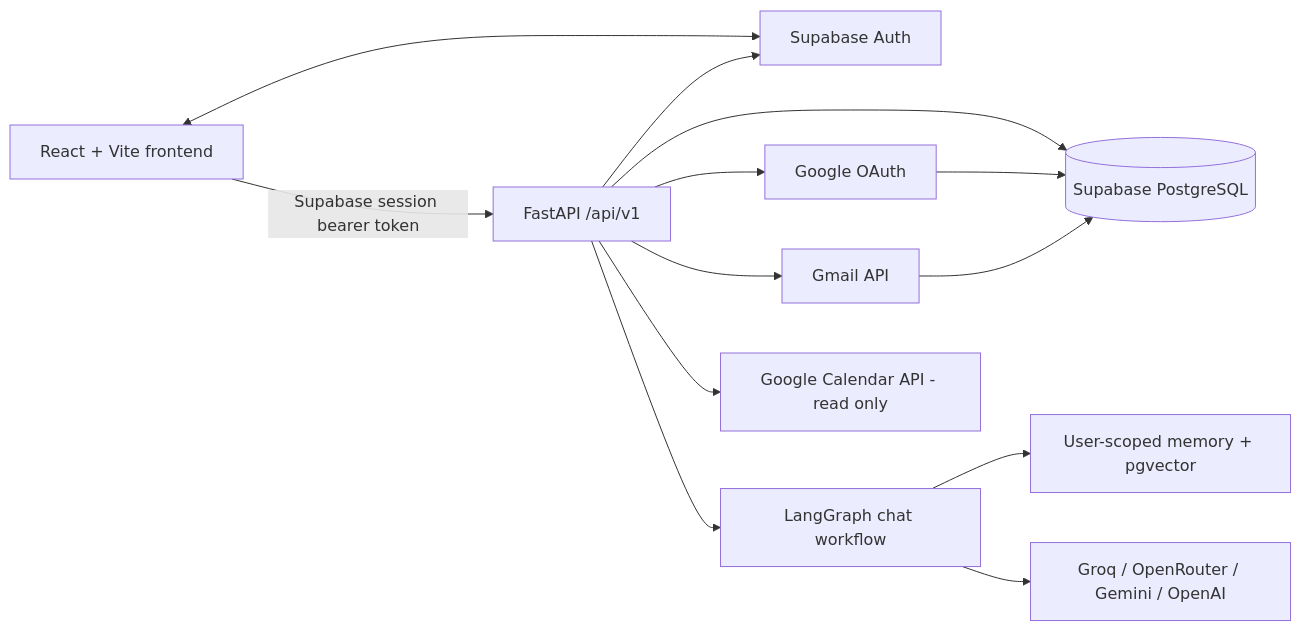
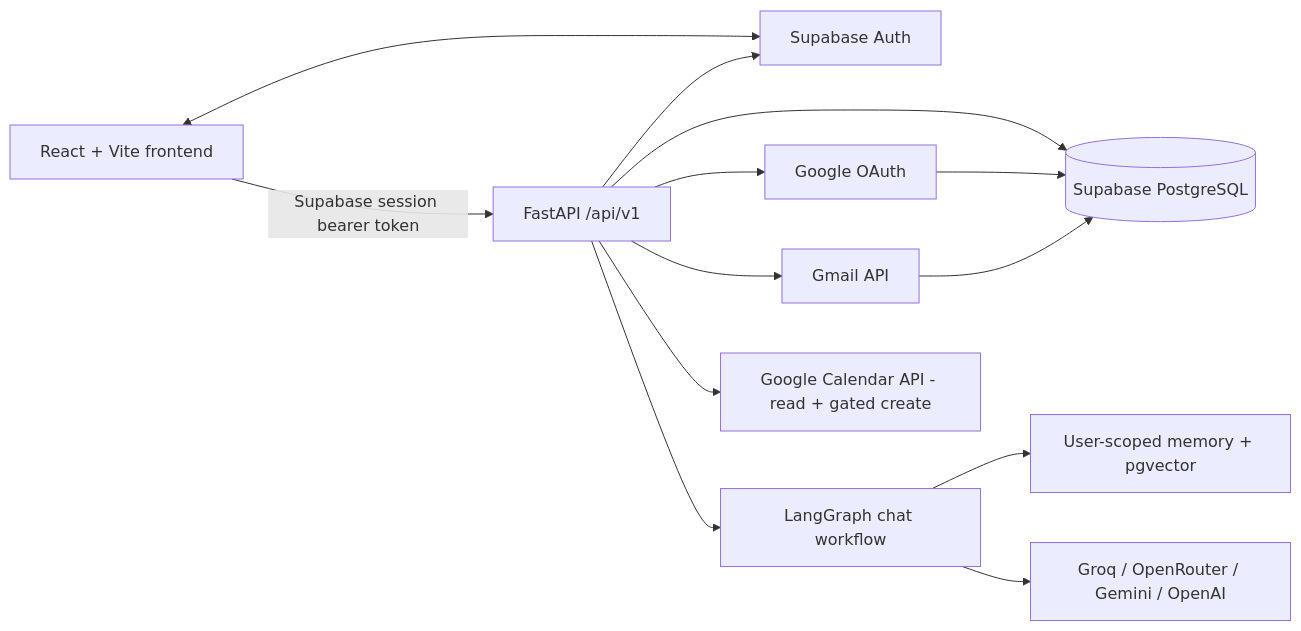
One commit to Subrata291291/Personal-AI-Assistant changed the diagram in README.md. Above: the diagram before and after it, drawn with Mermaid. The commit also changed other lines of this file and 1 other file, not shown here.

````diff
--- a/README.md
+++ b/README.md
@@ -51,15 +61,15 @@
 ```mermaid
 flowchart LR
   Browser[React + Vite frontend] -->|Supabase session bearer token| API[FastAPI /api/v1]
   Browser <--> Auth[Supabase Auth]
   API --> Auth
   API --> DB[(Supabase PostgreSQL)]
   API --> Graph[LangGraph chat workflow]
   Graph --> Memory[User-scoped memory + pgvector]
   Graph --> LLM[Groq / OpenRouter / Gemini / OpenAI]
   API --> GoogleOAuth[Google OAuth]
   API --> Gmail[Gmail API]
-  API --> Calendar[Google Calendar API - read only]
+  API --> Calendar[Google Calendar API - read + gated create]
   GoogleOAuth --> DB
   Gmail --> DB
 ```
````
